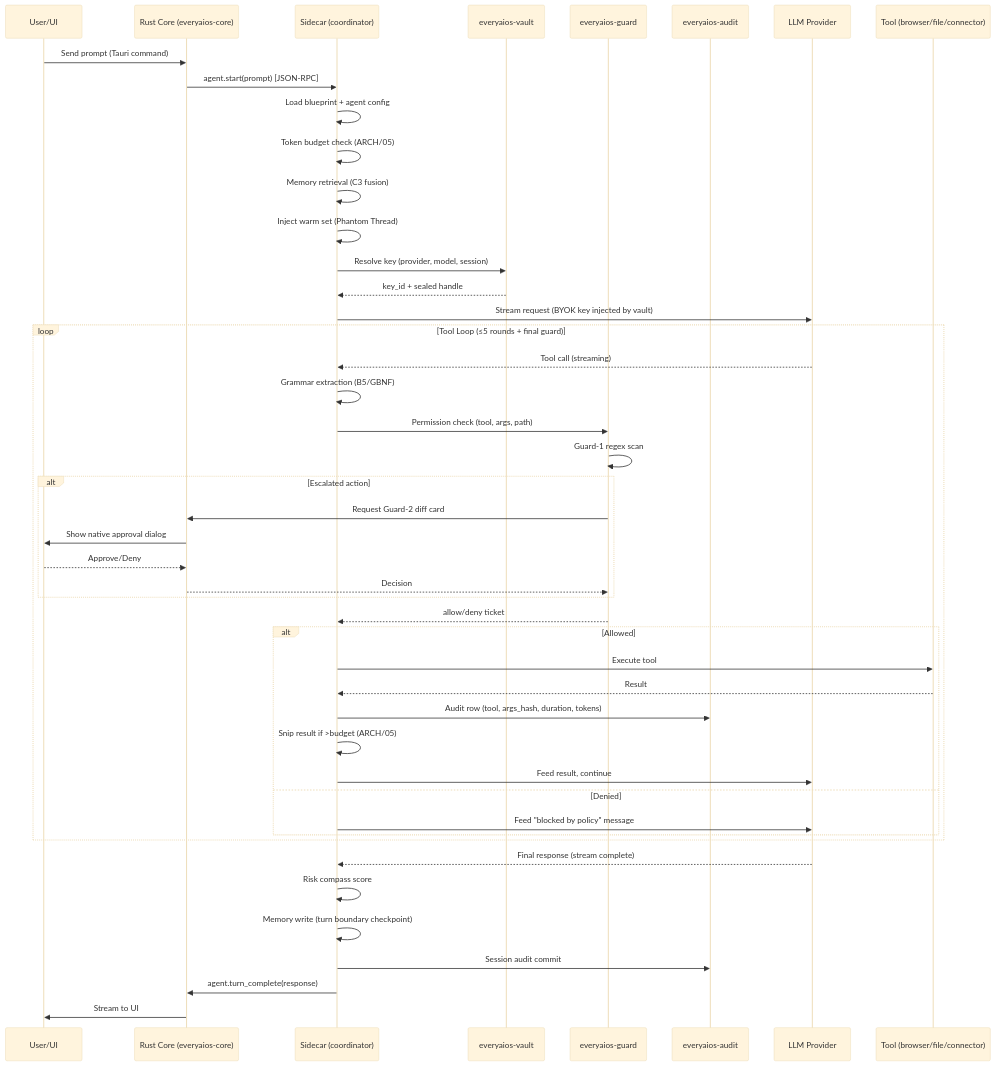
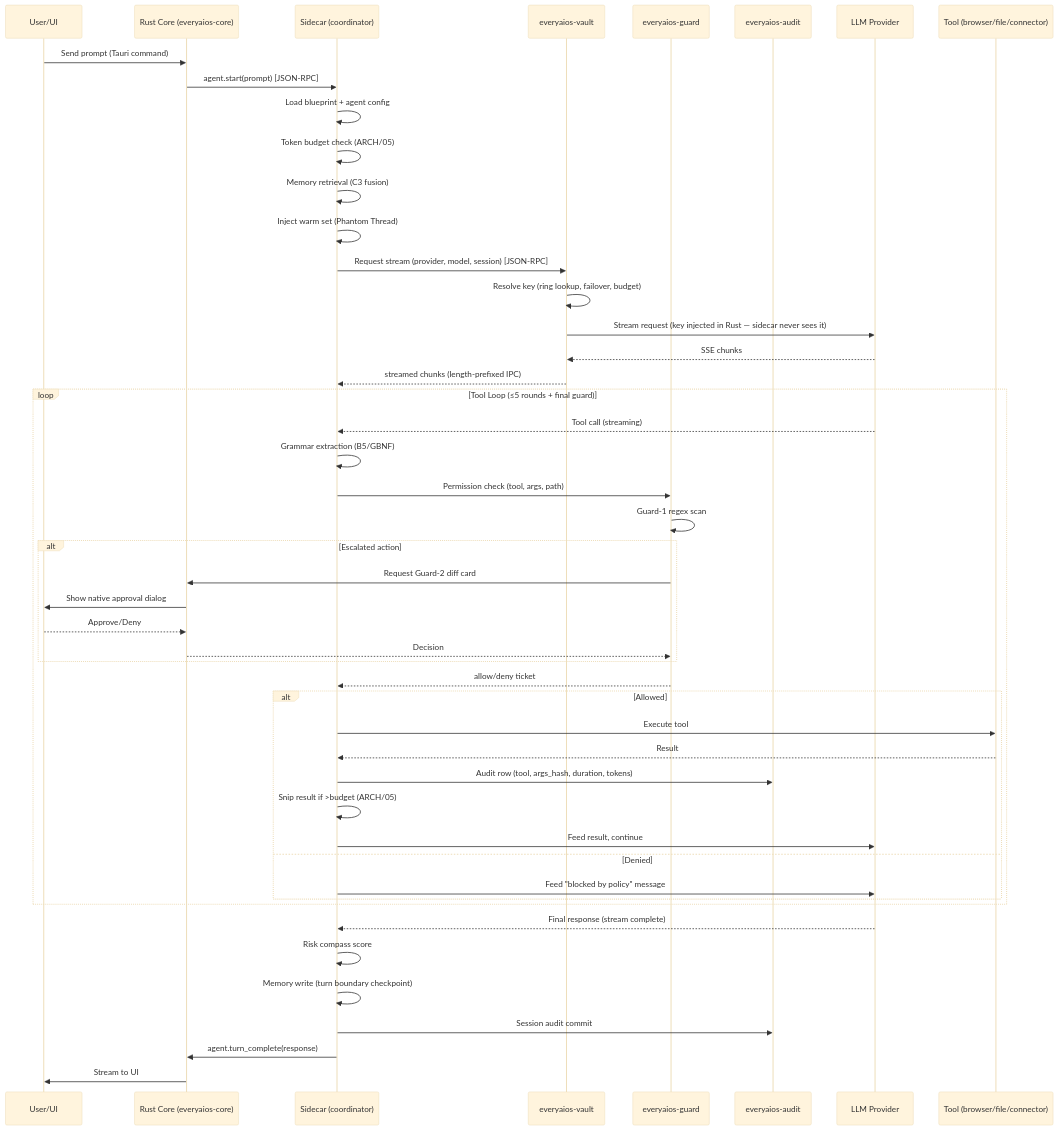
The second of 24 diagrams in ARCH/DIAGRAMS.md (sarv-projects/EveryAIOS), drawn with Mermaid (base theme) before and after one commit. The commit also changed other lines of this file and 33 other files, not shown here.

````diff
--- a/ARCH/DIAGRAMS.md
+++ b/ARCH/DIAGRAMS.md
@@ -78,51 +78,53 @@
 ```mermaid
 sequenceDiagram
     participant U as User/UI
     participant R as Rust Core (everyaios-core)
     participant S as Sidecar (coordinator)
     participant V as everyaios-vault
     participant G as everyaios-guard
     participant A as everyaios-audit
     participant LLM as LLM Provider
     participant T as Tool (browser/file/connector)
 
     U->>R: Send prompt (Tauri command)
     R->>S: agent.start(prompt) [JSON-RPC]
     S->>S: Load blueprint + agent config
     S->>S: Token budget check (ARCH/05)
     S->>S: Memory retrieval (C3 fusion)
     S->>S: Inject warm set (Phantom Thread)
-    S->>V: Resolve key (provider, model, session)
-    V-->>S: key_id + sealed handle
-    S->>LLM: Stream request (BYOK key injected by vault)
+    S->>V: Request stream (provider, model, session) [JSON-RPC]
+    V->>V: Resolve key (ring lookup, failover, budget)
+    V->>LLM: Stream request (key injected in Rust — sidecar never sees it)
+    LLM-->>V: SSE chunks
+    V-->>S: streamed chunks (length-prefixed IPC)
     
     loop Tool Loop (≤5 rounds + final guard)
         LLM-->>S: Tool call (streaming)
         S->>S: Grammar extraction (B5/GBNF)
         S->>G: Permission check (tool, args, path)
         G->>G: Guard-1 regex scan
         alt Escalated action
             G->>R: Request Guard-2 diff card
             R->>U: Show native approval dialog
             U-->>R: Approve/Deny
             R-->>G: Decision
         end
         G-->>S: allow/deny ticket
         alt Allowed
             S->>T: Execute tool
             T-->>S: Result
             S->>A: Audit row (tool, args_hash, duration, tokens)
             S->>S: Snip result if >budget (ARCH/05)
             S->>LLM: Feed result, continue
         else Denied
             S->>LLM: Feed "blocked by policy" message
         end
     end
 
     LLM-->>S: Final response (stream complete)
     S->>S: Risk compass score
     S->>S: Memory write (turn boundary checkpoint)
     S->>A: Session audit commit
     S->>R: agent.turn_complete(response)
     R->>U: Stream to UI
 ```
````
